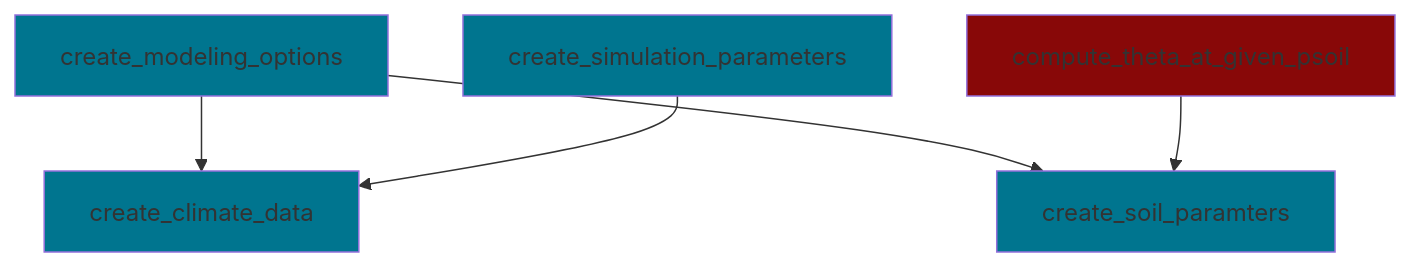
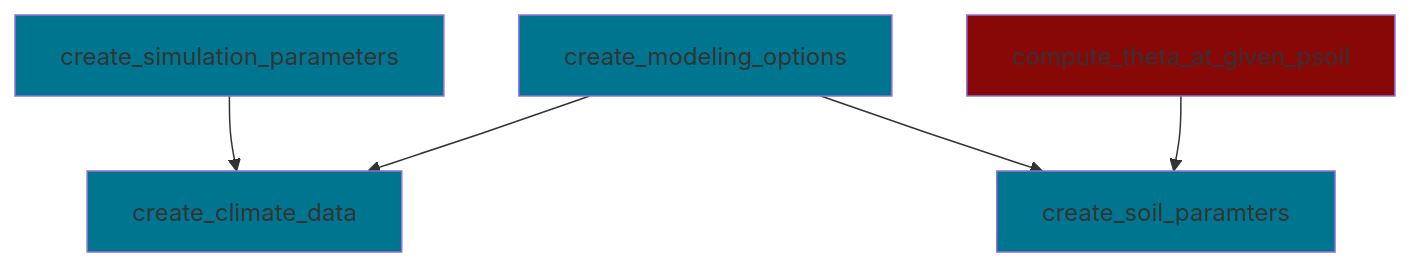
One commit to ecamo19/sureau_ecos_py changed the diagram in README.md. Above: the diagram before and after it, drawn with Mermaid.

Commit message:
Adding graph to readme

````diff
--- a/README.md
+++ b/README.md
@@ -22,21 +22,22 @@
 ```mermaid
     graph TD;
 
+        create_simulation_parameters-->create_climate_data;
         create_modeling_options-->create_climate_data;
-        create_simulation_parameters-->create_climate_data;
 
-        create_modeling_options-->create_soil_paramters
-        compute_theta_at_given_psoil-->create_soil_paramters
+
+        create_modeling_options-->create_soil_paramters;
+        compute_theta_at_given_psoil-->create_soil_paramters;
 
         %% Blue color boxes ------------------------------------------------------------------
 
         style create_climate_data fill:#00758f
         style create_modeling_options fill:#00758f
         style create_simulation_parameters fill:#00758f
         style create_soil_paramters fill:#00758f
 
 
         %% Red color boxes --------------------------------------------------------------------
         style compute_theta_at_given_psoil fill:#880808
 
 ```
````
